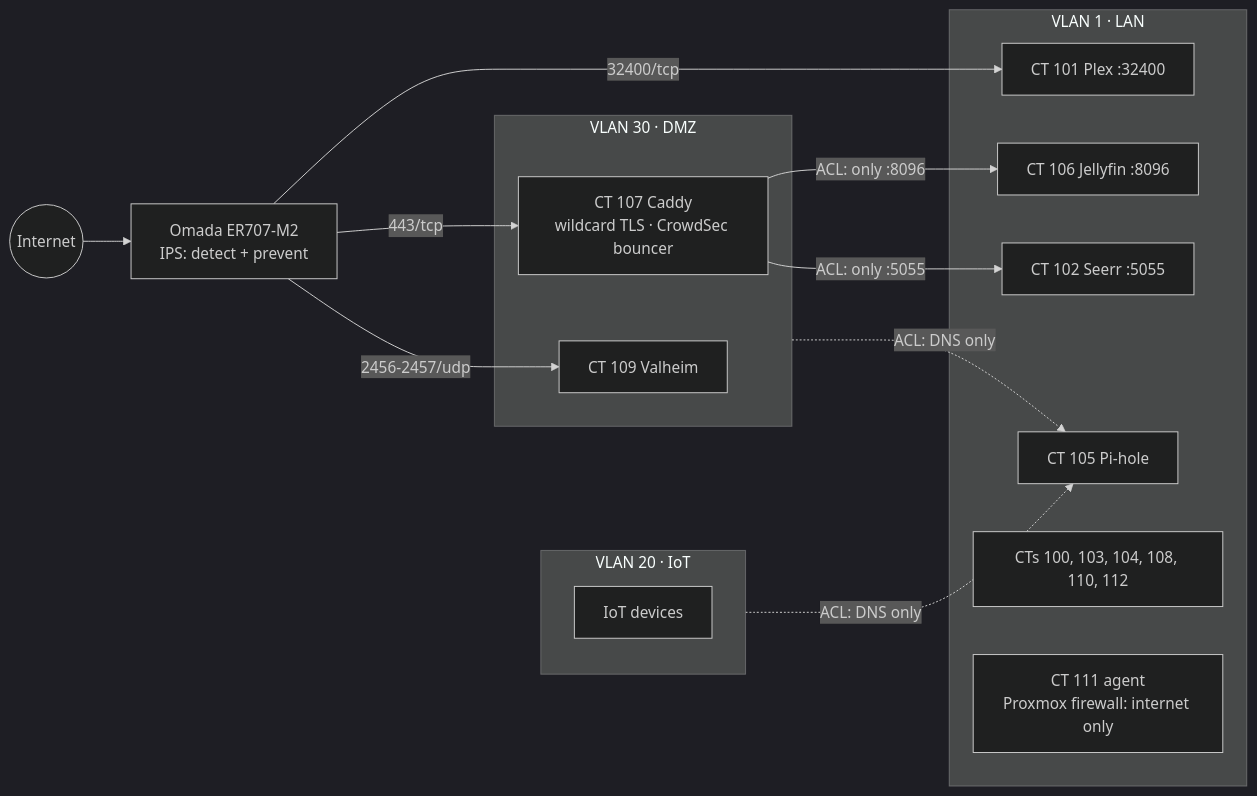
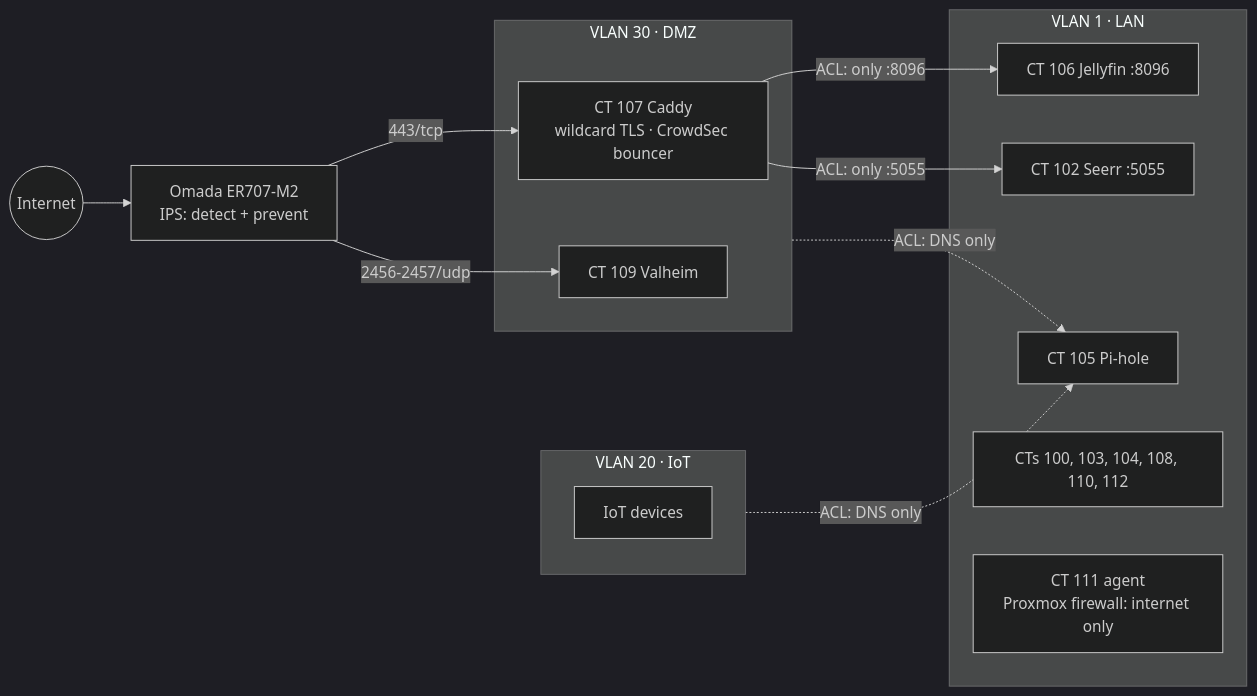
One commit to nerevarineHD/homelab-as-code changed the first of 3 diagrams in README.md. Above: the diagram before and after it, drawn with Mermaid (dark theme). The commit also changed other lines of this file and 3 other files, not shown here.

````diff
--- a/README.md
+++ b/README.md
@@ -37,30 +37,28 @@
 ```mermaid
 flowchart LR
   internet((Internet)) --> er707["Omada ER707-M2<br/>IPS: detect + prevent"]
   er707 -- "443/tcp" --> caddy
   er707 -- "2456-2457/udp" --> valheim
-  er707 -- "32400/tcp" --> plex
 
   subgraph dmz["VLAN 30 · DMZ"]
     caddy["CT 107 Caddy<br/>wildcard TLS · CrowdSec bouncer"]
     valheim["CT 109 Valheim"]
   end
 
   subgraph lan["VLAN 1 · LAN"]
     jellyfin["CT 106 Jellyfin :8096"]
     seerr["CT 102 Seerr :5055"]
     pihole["CT 105 Pi-hole"]
-    plex["CT 101 Plex :32400"]
     other["CTs 100, 103, 104, 108, 110, 112"]
     agent["CT 111 agent<br/>Proxmox firewall: internet only"]
   end
 
   subgraph iot["VLAN 20 · IoT"]
     devices["IoT devices"]
   end
 
   caddy -- "ACL: only :8096" --> jellyfin
   caddy -- "ACL: only :5055" --> seerr
   dmz -. "ACL: DNS only" .-> pihole
   iot -. "ACL: DNS only" .-> pihole
 ```
````
